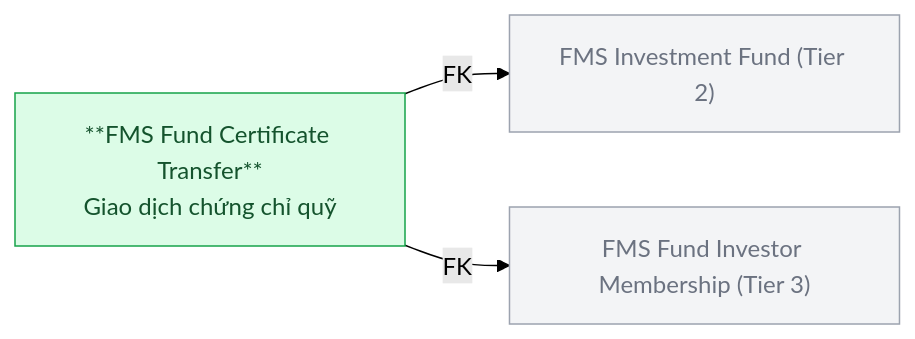
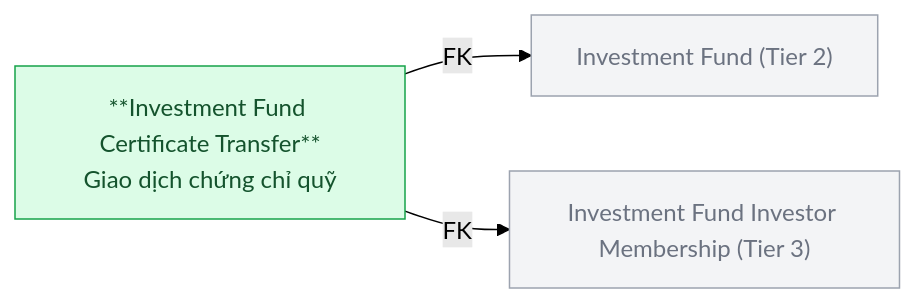
One commit to linhlvit/ubck_atomic_design changed the second of 7 diagrams in Silver/hld/FMS_HLD_Tier4.md. Above: the diagram before and after it, drawn with Mermaid (forest theme). The commit also changed other lines of this file and 32 other files, not shown here.

````diff
--- a/Silver/hld/FMS_HLD_Tier4.md
+++ b/Silver/hld/FMS_HLD_Tier4.md
@@ -36,12 +36,12 @@
 ```mermaid
 graph LR
     classDef silver fill:#dcfce7,stroke:#16a34a,color:#14532d
     classDef refnode fill:#f3f4f6,stroke:#9ca3af,color:#6b7280
 
-    FUND["FMS Investment Fund (Tier 2)"]:::refnode
-    MBF["FMS Fund Investor Membership (Tier 3)"]:::refnode
-    TRF["**FMS Fund Certificate Transfer**\nGiao dịch chứng chỉ quỹ"]:::silver
+    FUND["Investment Fund (Tier 2)"]:::refnode
+    MBF["Investment Fund Investor Membership (Tier 3)"]:::refnode
+    TRF["**Investment Fund Certificate Transfer**\nGiao dịch chứng chỉ quỹ"]:::silver
 
     TRF -->|FK| FUND
     TRF -->|FK| MBF
 ```
````
